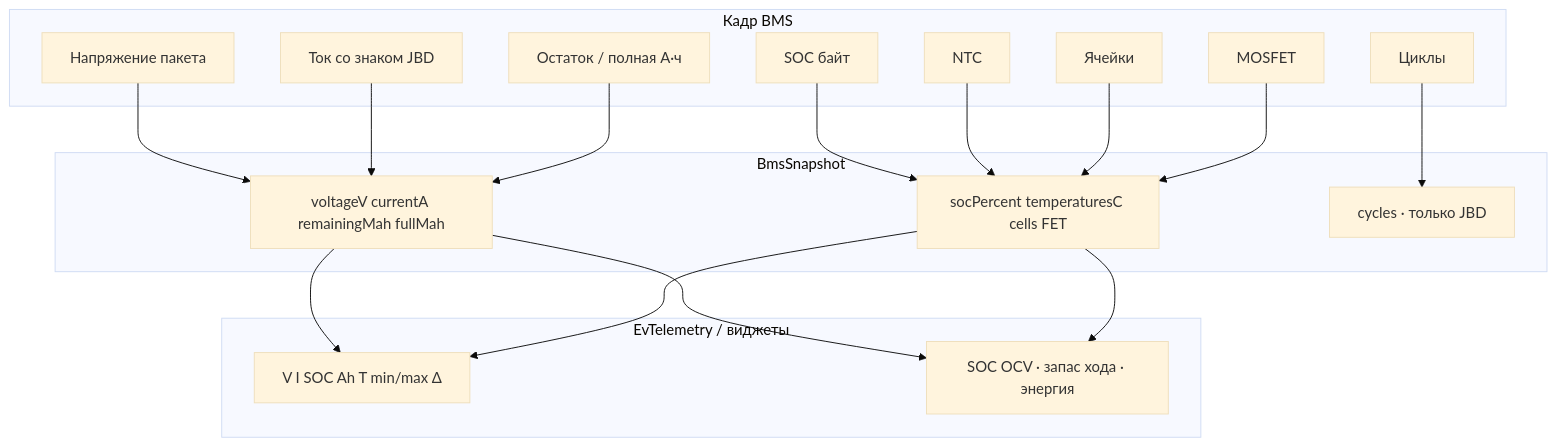
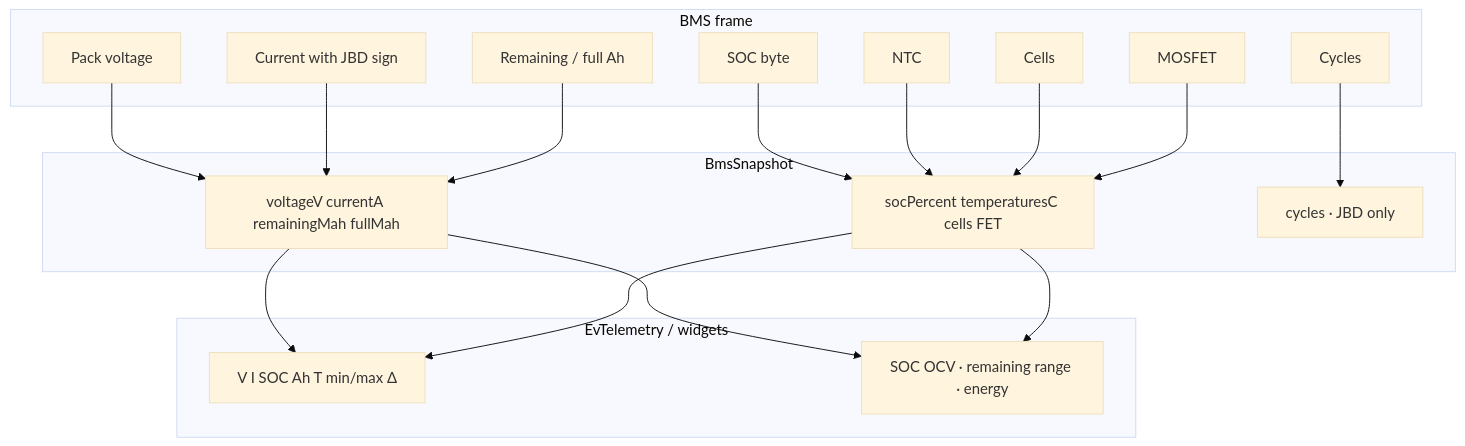
Before and after one commit to livello/OsmAnd: the fourth of 9 diagrams in BMS_DATA_ABOUT.md, drawn with Mermaid (base theme). The commit also changed other lines of this file and 2 other files, not shown here.

Commit message:
Translate EV-Telemetry docs and README to English.

````diff
--- a/BMS_DATA_ABOUT.md
+++ b/BMS_DATA_ABOUT.md
@@ -231,34 +231,34 @@
 ```mermaid
 flowchart TB
-  subgraph Wire["Кадр BMS"]
-    V[Напряжение пакета]
-    I[Ток со знаком JBD]
-    Ah[Остаток / полная А·ч]
-    SOC[SOC байт]
+  subgraph Wire["BMS frame"]
+    V[Pack voltage]
+    I[Current with JBD sign]
+    Ah[Remaining / full Ah]
+    SOC[SOC byte]
     T[NTC]
-    C[Ячейки]
+    C[Cells]
     FET[MOSFET]
-    CYC[Циклы]
+    CYC[Cycles]
   end
   subgraph Snap["BmsSnapshot"]
     S1[voltageV currentA remainingMah fullMah]
     S2[socPercent temperaturesC cells FET]
-    S3[cycles · только JBD]
+    S3[cycles · JBD only]
   end
-  subgraph App["EvTelemetry / виджеты"]
+  subgraph App["EvTelemetry / widgets"]
     W1[V I SOC Ah T min/max Δ]
-    W2["SOC OCV · запас хода · энергия"]
+    W2["SOC OCV · remaining range · energy"]
   end
   V --> S1
   I --> S1
   Ah --> S1
   SOC --> S2
   T --> S2
   C --> S2
   FET --> S2
   CYC --> S3
   S1 --> W1
   S2 --> W1
   S1 --> W2
   S2 --> W2
 ```
````
